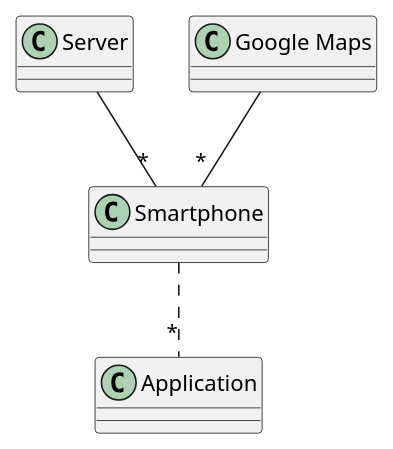
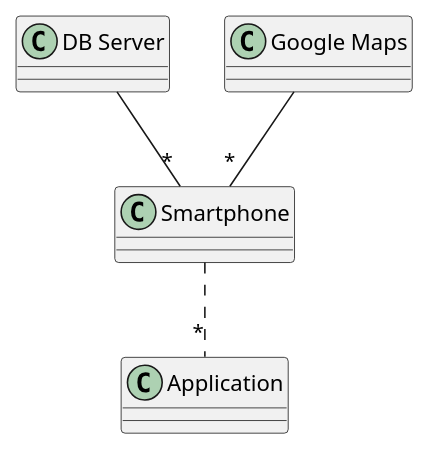
Before and after one commit to s271532/myEzgas: the fourth of 5 diagrams in requirements.md, drawn with PlantUML. The commit also changed other lines of this file, not shown here.

````diff
--- a/requirements.md
+++ b/requirements.md
@@ -255,7 +291,7 @@
 ```plantuml
-class "Server"
+class "DB Server" as S
 
-Server -- "*"Smartphone
+S -- "*"Smartphone
 "Google Maps" -- "*" Smartphone
 Smartphone .. "*" Application
 ```
````
